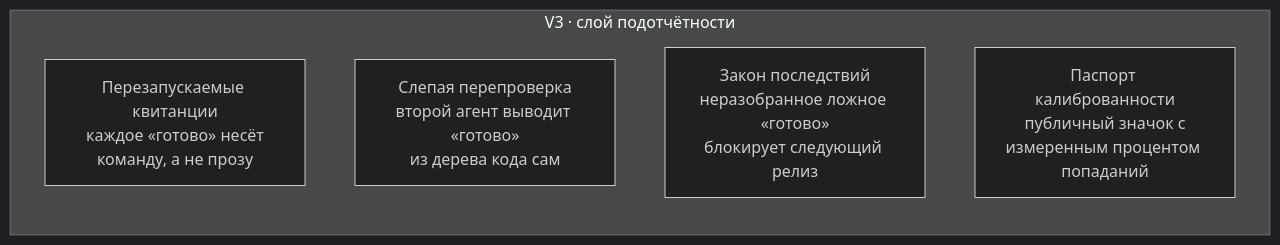
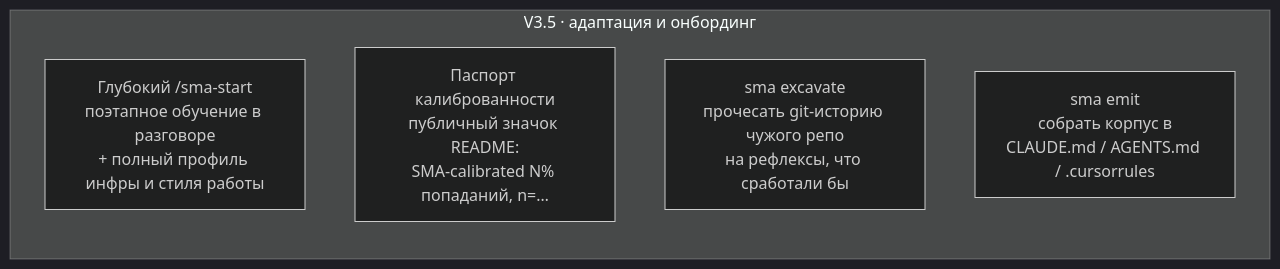
Diagram 17 of 17 in README.ru.md (sma-framework/sma), drawn with Mermaid (dark theme) before and after one commit. The commit also changed other lines of this file, not shown here.

````diff
--- a/README.ru.md
+++ b/README.ru.md
@@ -416,9 +683,9 @@
 ```mermaid
 flowchart LR
-    subgraph V3["V3 · слой подотчётности"]
-        R["Перезапускаемые квитанции<br>каждое «готово» несёт<br>команду, а не прозу"]
-        B["Слепая перепроверка<br>второй агент выводит «готово»<br>из дерева кода сам"]
-        C["Закон последствий<br>неразобранное ложное «готово»<br>блокирует следующий релиз"]
-        P["Паспорт калиброванности<br>публичный значок с<br>измеренным процентом попаданий"]
+    subgraph V35["V3.5 · адаптация и онбординг"]
+        ST["Глубокий /sma-start<br>поэтапное обучение в разговоре<br>+ полный профиль инфры и стиля работы"]
+        CP["Паспорт калиброванности<br>публичный значок README:<br>SMA-calibrated N% попаданий, n=…"]
+        EX["sma excavate<br>прочесать git-историю чужого репо<br>на рефлексы, что сработали бы"]
+        EM["sma emit<br>собрать корпус в<br>CLAUDE.md / AGENTS.md / .cursorrules"]
     end
 ```
````
